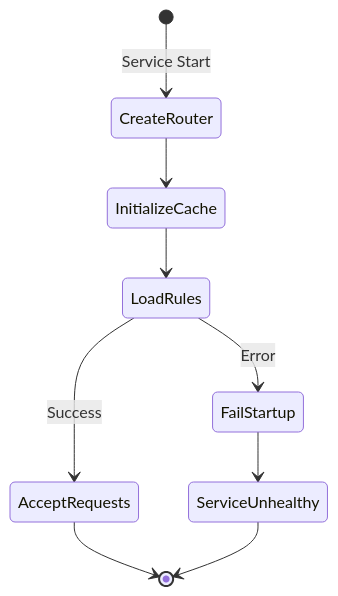
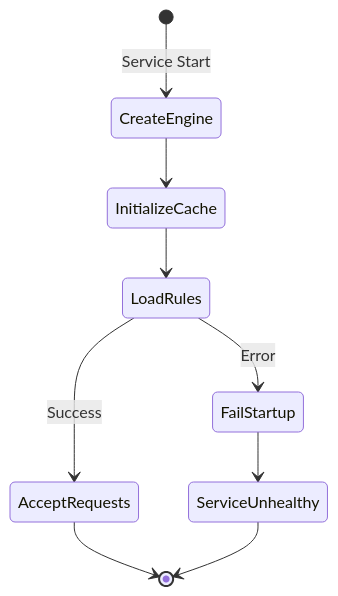
One commit to twistingmercury/mnemonic-mcp changed the seventh of 19 diagrams in docs/design/routing-engine.md. Above: the diagram before and after it, drawn with Mermaid. The commit also changed other lines of this file and 17 other files, not shown here.

````diff
--- a/docs/design/routing-engine.md
+++ b/docs/design/routing-engine.md
@@ -430,15 +461,15 @@
 ```mermaid
 stateDiagram-v2
-    [*] --> CreateRouter: Service Start
-    CreateRouter --> InitializeCache
+    [*] --> CreateEngine: Service Start
+    CreateEngine --> InitializeCache
     InitializeCache --> LoadRules
 
     state LoadRules <<choice>>
     LoadRules --> AcceptRequests: Success
     LoadRules --> FailStartup: Error
 
     AcceptRequests --> [*]
 
     FailStartup --> ServiceUnhealthy
     ServiceUnhealthy --> [*]
 ```
````
